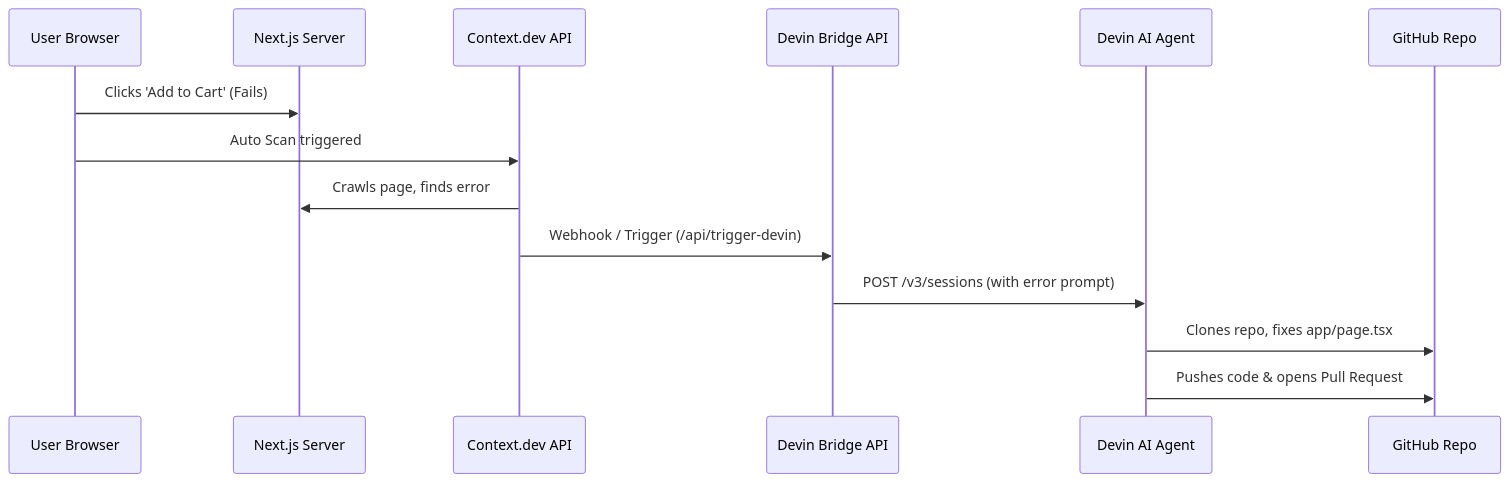
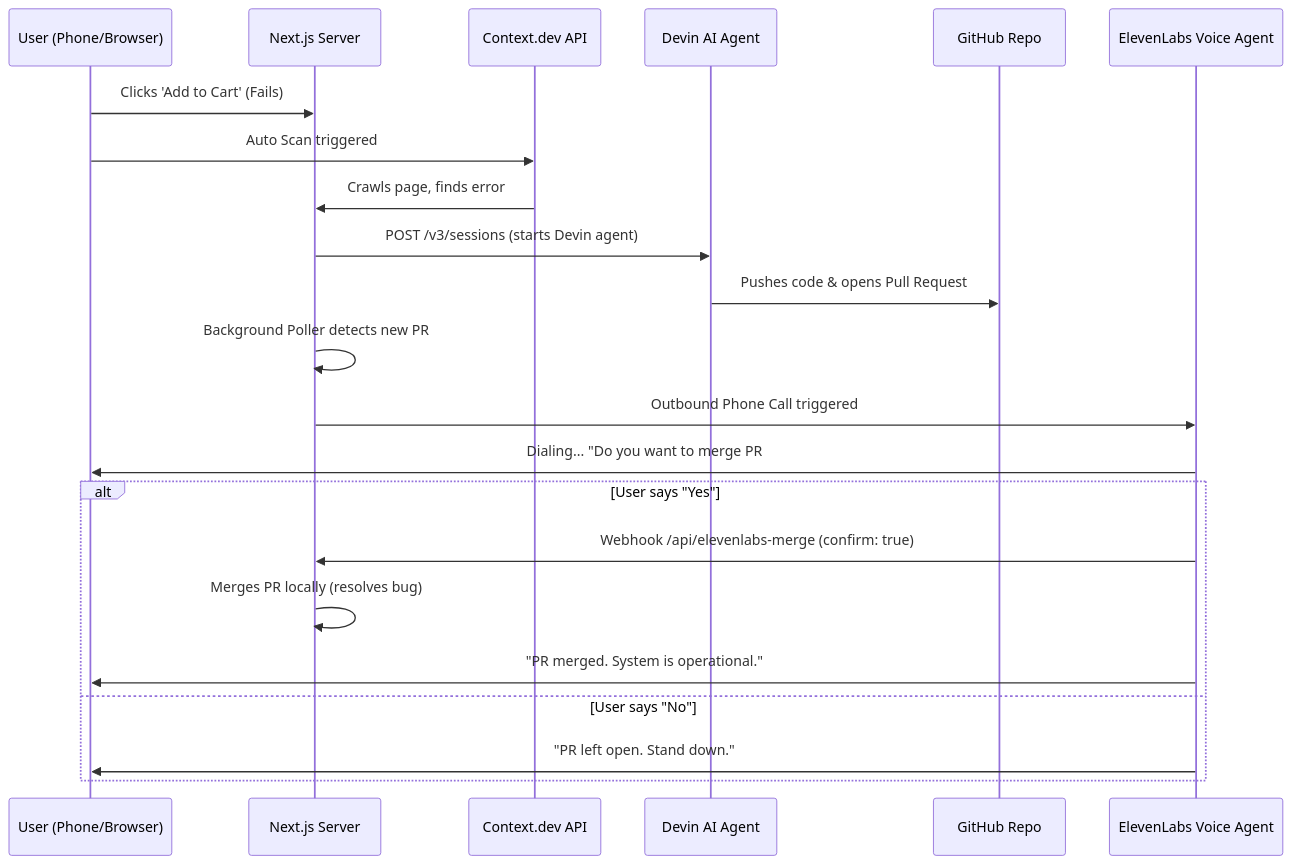
One commit to umairai21/On-Call-Software-Engineer changed the diagram in incident-dashboard/DEVIN_INTEGRATION.md. Above: the diagram before and after it, drawn with Mermaid. The commit also changed other lines of this file and 4 other files, not shown here.

Commit message:
feat: integrate ElevenLabs call trigger and conversational merge tool webhook

````diff
--- a/incident-dashboard/DEVIN_INTEGRATION.md
+++ b/incident-dashboard/DEVIN_INTEGRATION.md
@@ -9,17 +9,25 @@
 ```mermaid
 sequenceDiagram
-    participant User as User Browser
+    participant User as User (Phone/Browser)
     participant App as Next.js Server
     participant Context as Context.dev API
-    participant Bridge as Devin Bridge API
     participant Devin as Devin AI Agent
     participant GitHub as GitHub Repo
+    participant Eleven as ElevenLabs Voice Agent
 
     User->>App: Clicks 'Add to Cart' (Fails)
     User->>Context: Auto Scan triggered
     Context->>App: Crawls page, finds error
-    Context->>Bridge: Webhook / Trigger (/api/trigger-devin)
-    Bridge->>Devin: POST /v3/sessions (with error prompt)
-    Devin->>GitHub: Clones repo, fixes app/page.tsx
+    App->>Devin: POST /v3/sessions (starts Devin agent)
     Devin->>GitHub: Pushes code & opens Pull Request
+    App->>App: Background Poller detects new PR
+    App->>Eleven: Outbound Phone Call triggered
+    Eleven->>User: Dialing... "Do you want to merge PR #1?"
+    alt User says "Yes"
+        Eleven->>App: Webhook /api/elevenlabs-merge (confirm: true)
+        App->>App: Merges PR locally (resolves bug)
+        Eleven->>User: "PR merged. System is operational."
+    else User says "No"
+        Eleven->>User: "PR left open. Stand down."
+    end
 ```
````
